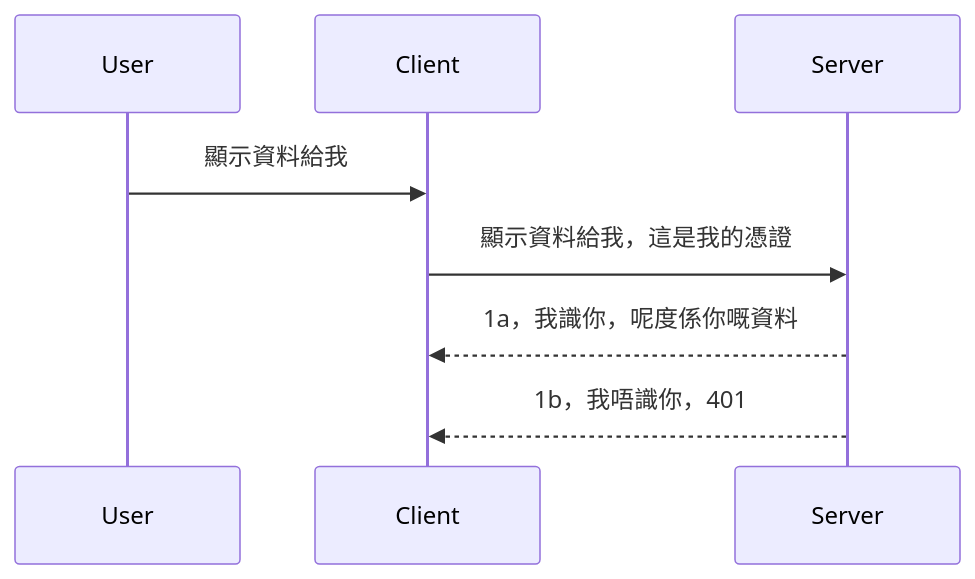
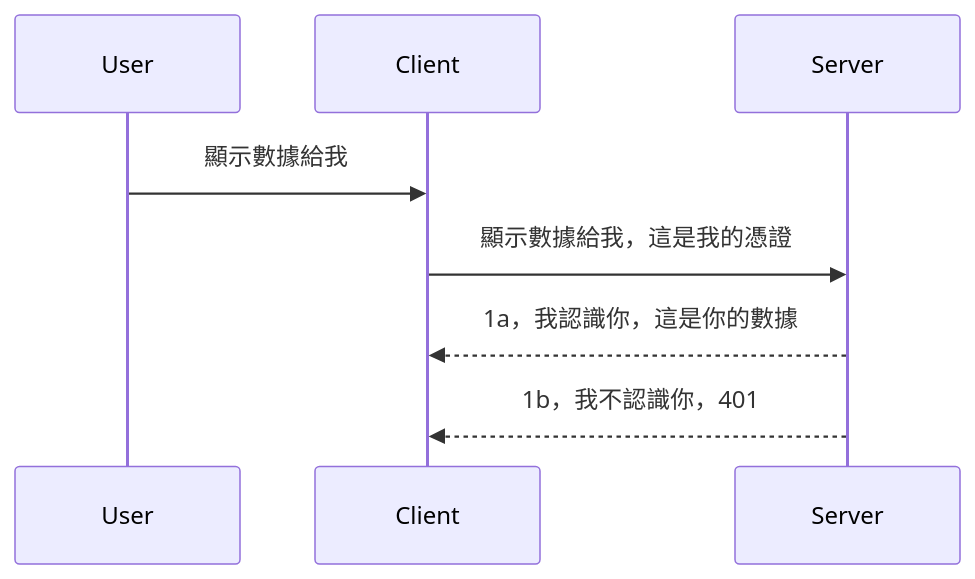
Before and after one commit to HIDORAKAI002/ai-workspace-archive: the diagram in mcp_ecosystem__model_context_protocol/mcp_learning_resources/mcp-for-beginners/translations/zh-HK/03-GettingStarted/11-simple-auth/README.md, drawn with Mermaid. The commit also changed other lines of this file and 1160 other files, not shown here.

````diff
--- a/mcp_ecosystem__model_context_protocol/mcp_learning_resources/mcp-for-beginners/translations/zh-HK/03-GettingStarted/11-simple-auth/README.md
+++ b/mcp_ecosystem__model_context_protocol/mcp_learning_resources/mcp-for-beginners/translations/zh-HK/03-GettingStarted/11-simple-auth/README.md
@@ -24,11 +24,11 @@
 ```mermaid
 sequenceDiagram
    participant User
    participant Client
    participant Server
 
-   User->>Client: 顯示資料給我
-   Client->>Server: 顯示資料給我，這是我的憑證
-   Server-->>Client: 1a，我識你，呢度係你嘅資料
-   Server-->>Client: 1b，我唔識你，401 
+   User->>Client: 顯示數據給我
+   Client->>Server: 顯示數據給我，這是我的憑證
+   Server-->>Client: 1a，我認識你，這是你的數據
+   Server-->>Client: 1b，我不認識你，401 
 ```
````
